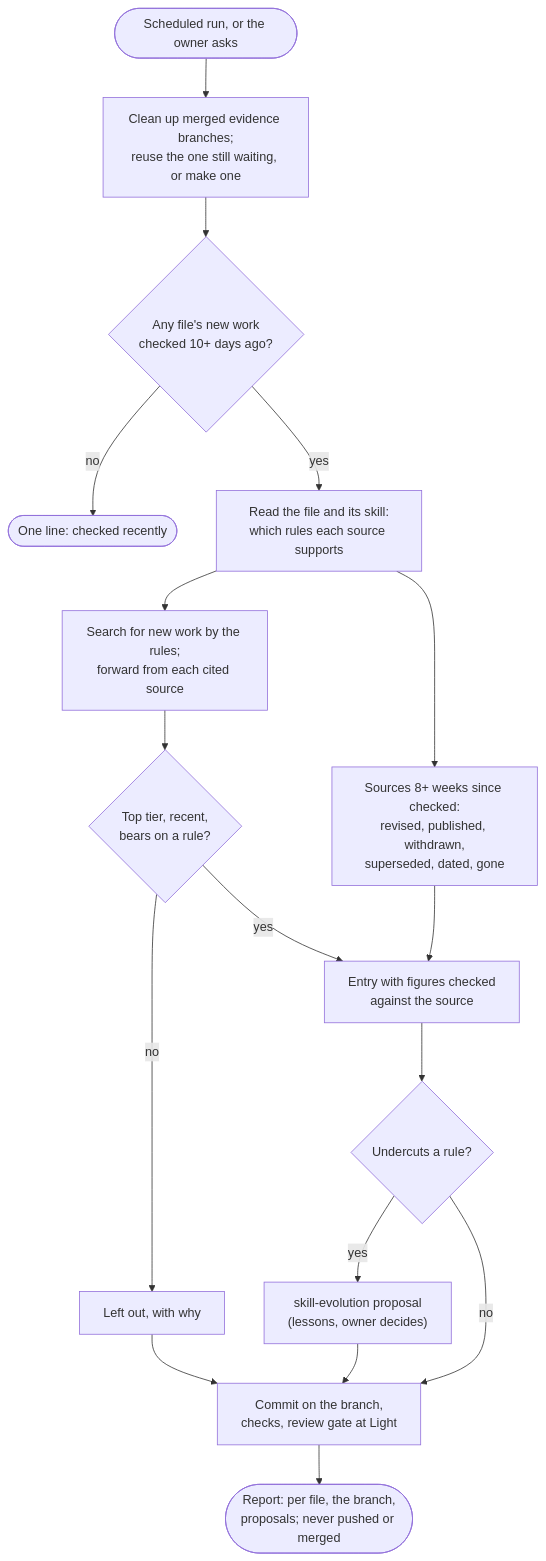
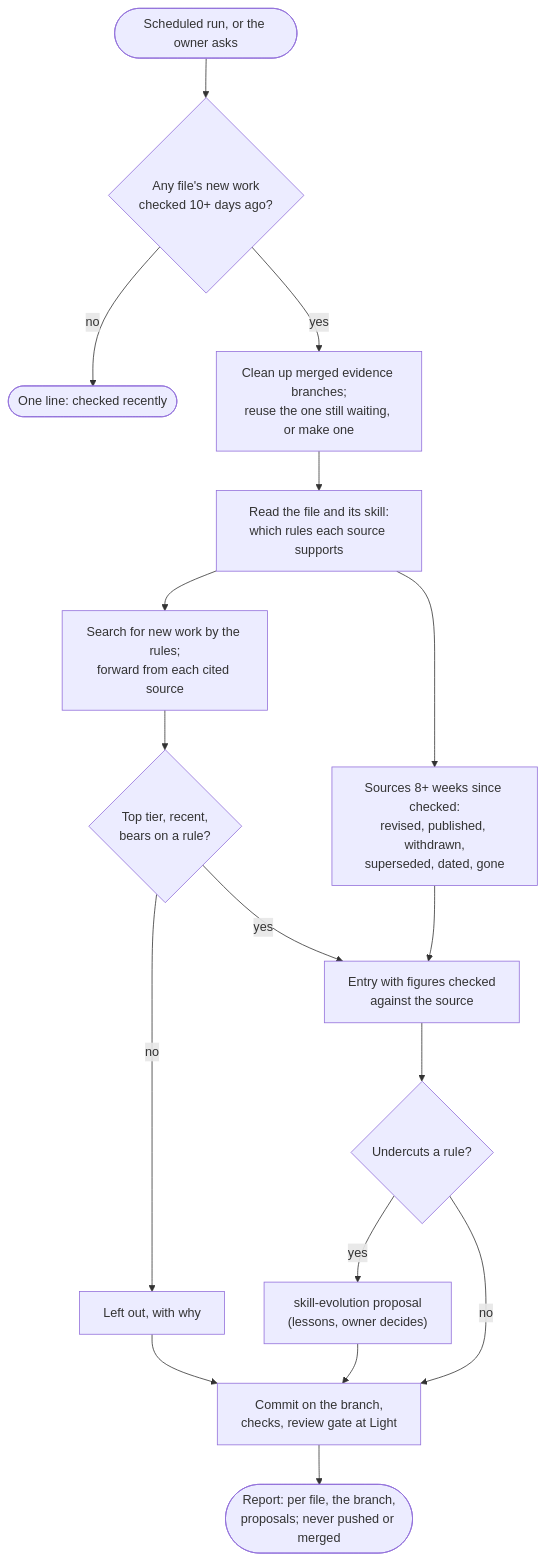
Before and after one commit to kristianbonnici/agent-skills: the diagram in docs/skills/skill-evidence/README.md, drawn with Mermaid. The commit also changed 7 other files, not shown here.

````diff
--- a/docs/skills/skill-evidence/README.md
+++ b/docs/skills/skill-evidence/README.md
@@ -14,19 +14,19 @@
 ```mermaid
 flowchart TD
-  start(["Scheduled run, or the owner asks"]) --> branch["Clean up merged evidence branches;<br/>reuse the one still waiting, or make one"]
-  branch --> due{Any file's new work<br/>checked 10+ days ago?}
+  start(["Scheduled run, or the owner asks"]) --> due{Any file's new work<br/>checked 10+ days ago?}
   due -->|no| quiet(["One line: checked recently"])
-  due -->|yes| read["Read the file and its skill:<br/>which rules each source supports"]
+  due -->|yes| branch["Clean up merged evidence branches;<br/>reuse the one still waiting, or make one"]
+  branch --> read["Read the file and its skill:<br/>which rules each source supports"]
   read --> search["Search for new work by the rules;<br/>forward from each cited source"]
   read --> recheck["Sources 8+ weeks since checked:<br/>revised, published, withdrawn,<br/>superseded, dated, gone"]
   search --> bar{Top tier, recent,<br/>bears on a rule?}
   bar -->|no| left["Left out, with why"]
   bar -->|yes| entry["Entry with figures checked<br/>against the source"]
   recheck --> entry
   entry --> against{Undercuts a rule?}
   against -->|yes| prop["skill-evolution proposal<br/>(lessons, owner decides)"]
   against -->|no| commit
   prop --> commit["Commit on the branch,<br/>checks, review gate at Light"]
   left --> commit
   commit --> report(["Report: per file, the branch,<br/>proposals; never pushed or merged"])
 ```
````
